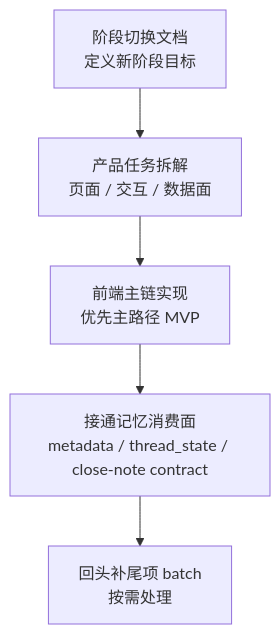
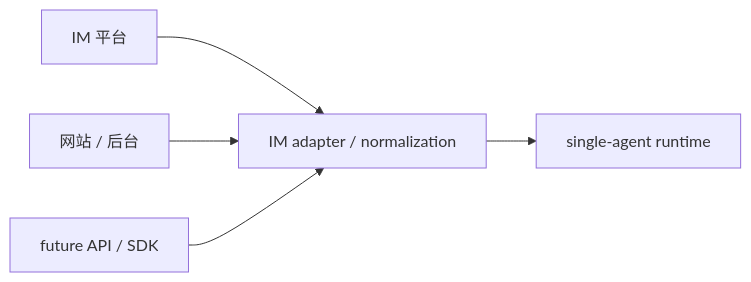
One commit to caoqc4/sparkcore changed the fourth of 5 diagrams in docs/engineering/project_architecture_summary_post_memory_upgrade_v1.0.md. Above: the diagram before and after it, drawn with Mermaid. The commit also changed other lines of this file, not shown here.

Commit message:
docs: align project architecture summary with three-layer model

````diff
--- a/docs/engineering/project_architecture_summary_post_memory_upgrade_v1.0.md
+++ b/docs/engineering/project_architecture_summary_post_memory_upgrade_v1.0.md
@@ -285,7 +233,7 @@
 ```mermaid
-flowchart TD
-    A["阶段切换文档<br/>定义新阶段目标"] --> B["产品任务拆解<br/>页面 / 交互 / 数据面"]
-    B --> C["前端主链实现<br/>优先主路径 MVP"]
-    C --> D["接通记忆消费面<br/>metadata / thread_state / close-note contract"]
-    D --> E["回头补尾项 batch<br/>按需处理"]
+flowchart LR
+    IM["IM 平台"] --> ADP["IM adapter / normalization"]
+    WEB["网站 / 后台"] --> ADP
+    API["future API / SDK"] --> ADP
+    ADP --> RT["single-agent runtime"]
 ```
````
